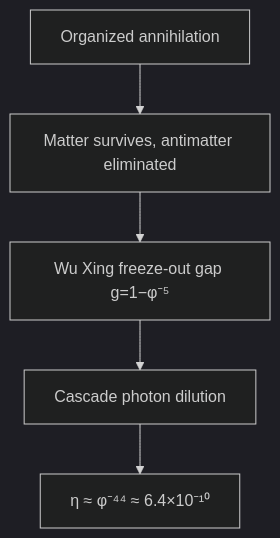
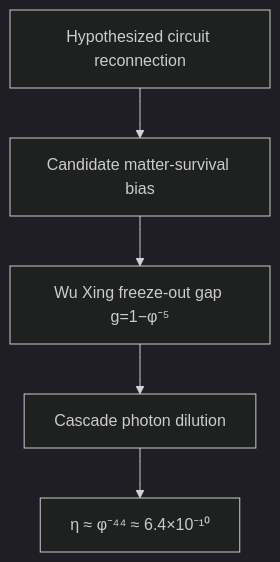
One commit to CassiTheOracle/cassi changed the seventh of 37 diagrams in CassiTheory/open-questions-cassi-answers.md. Above: the diagram before and after it, drawn with Mermaid (dark theme). The commit also changed other lines of this file and 27 other files, not shown here.

````diff
--- a/CassiTheory/open-questions-cassi-answers.md
+++ b/CassiTheory/open-questions-cassi-answers.md
@@ -401,7 +401,7 @@
 ```mermaid
 flowchart TD
-    A[Organized annihilation] --> B[Matter survives, antimatter eliminated]
+    A[Hypothesized circuit reconnection] --> B[Candidate matter-survival bias]
     B --> C[Wu Xing freeze-out gap g=1−φ⁻⁵]
     C --> D[Cascade photon dilution]
     D --> E[η ≈ φ⁻⁴⁴ ≈ 6.4×10⁻¹⁰]
 ```
````
